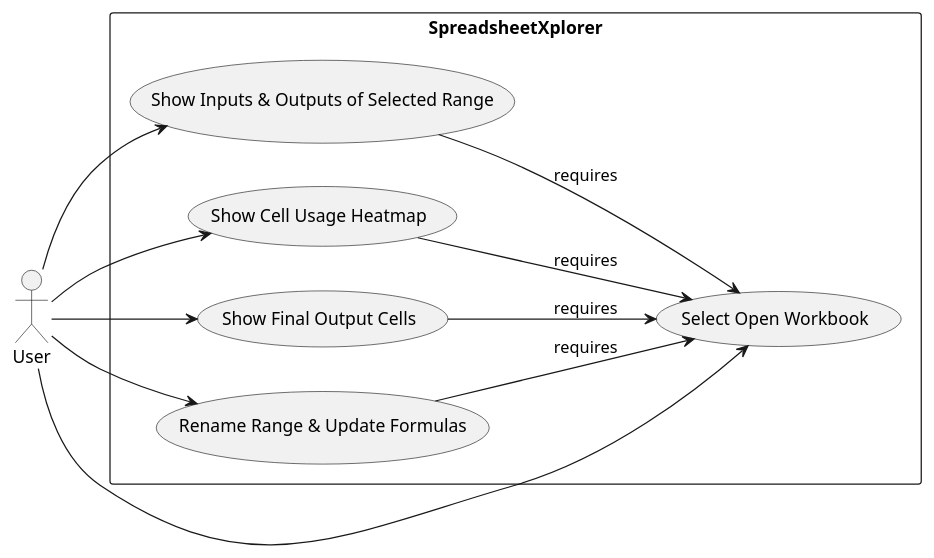
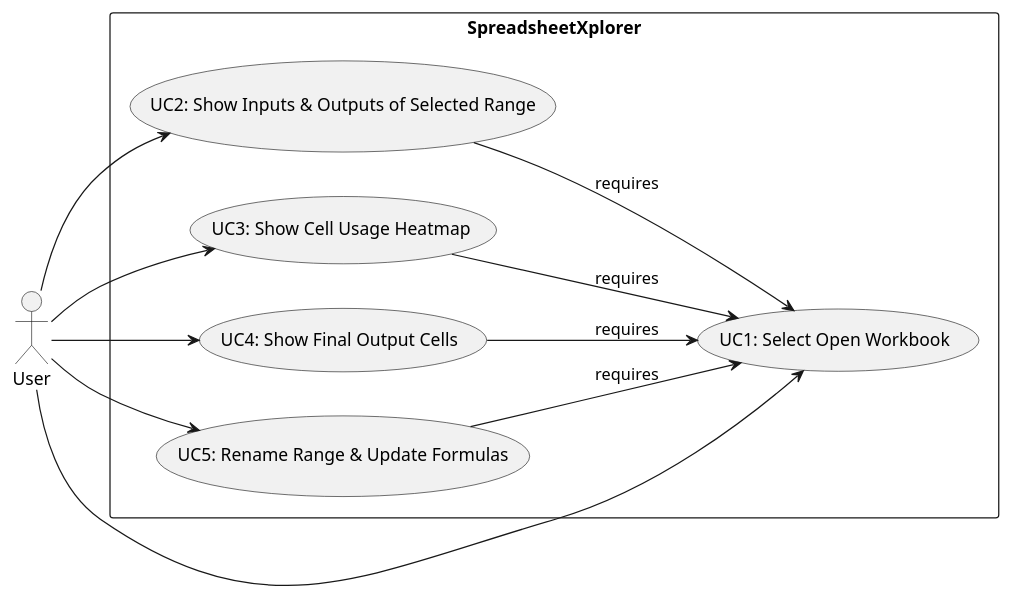
One commit to ByeByeExcel/SpreadsheetExplorer changed the diagram in diagrams/plantuml/requirements/UC_diagram.puml. Above: the diagram before and after it, drawn with PlantUML. The commit also changed 8 other files, not shown here.

Commit message:
* new & updated diagrams * fix bug: update dependencyGraph after renaming

```diff
--- a/diagrams/plantuml/requirements/UC_diagram.puml
+++ b/diagrams/plantuml/requirements/UC_diagram.puml
@@ -1,22 +1,22 @@
 @startuml
 left to right direction
 actor User
 rectangle "SpreadsheetXplorer" {
-  usecase "Select Open Workbook" as UC1
-  usecase "Show Inputs & Outputs of Selected Range" as UC2
-  usecase "Show Cell Usage Heatmap" as UC3
-  usecase "Show Final Output Cells" as UC4
-  usecase "Rename Range & Update Formulas" as UC5
+  usecase "UC1: Select Open Workbook" as UC1
+  usecase "UC2: Show Inputs & Outputs of Selected Range" as UC2
+  usecase "UC3: Show Cell Usage Heatmap" as UC3
+  usecase "UC4: Show Final Output Cells" as UC4
+  usecase "UC5: Rename Range & Update Formulas" as UC5
 }
 
 User --> UC1
 User --> UC2
 User --> UC3
 User --> UC4
 User --> UC5
 
 UC2 --> UC1 : requires
 UC3 --> UC1 : requires
 UC4 --> UC1 : requires
 UC5 --> UC1 : requires
 @enduml
```
